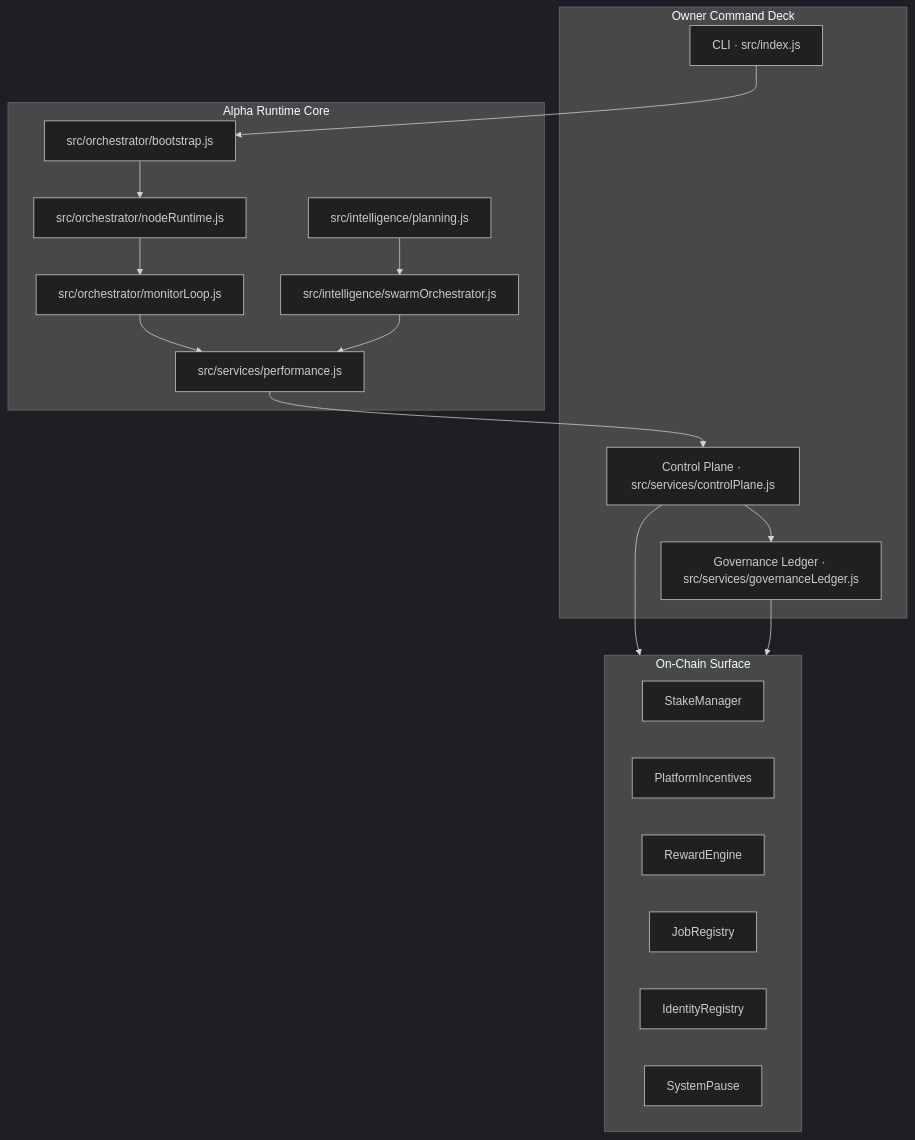
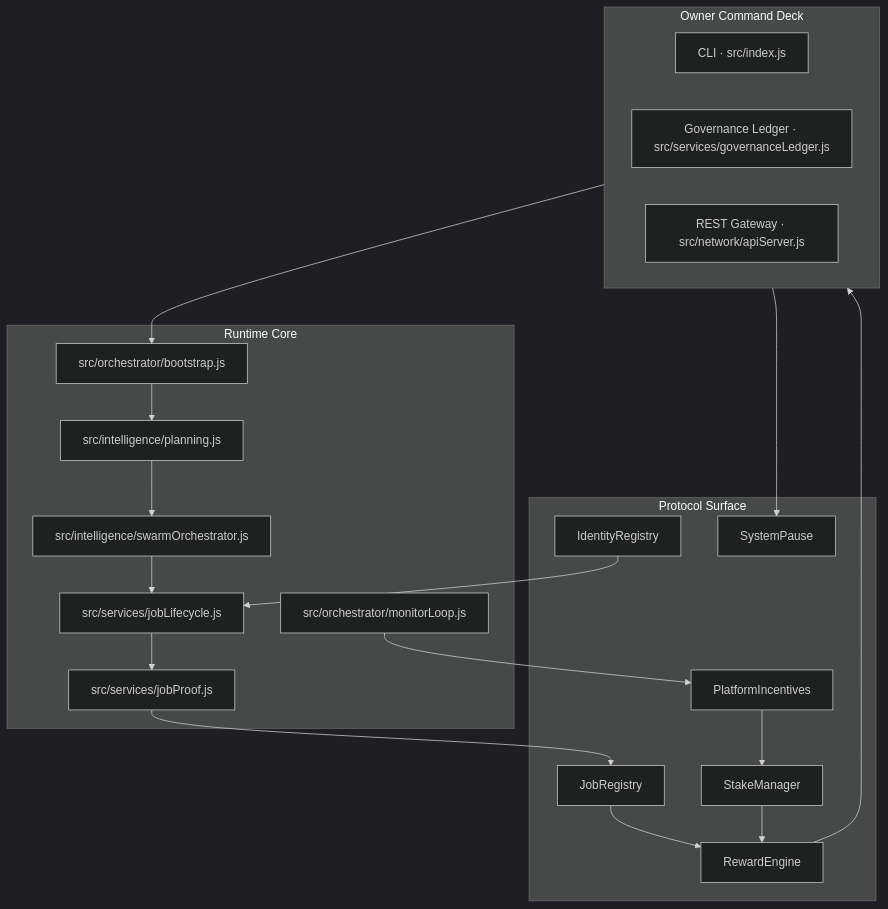
The first of 4 diagrams in docs/economics.md (MontrealAI/AGI-Alpha-Node-v0), drawn with Mermaid (dark theme) before and after one commit. The commit also changed other lines of this file, not shown here.

Commit message:
Refresh economics codex for AGI Alpha nodes

````diff
--- a/docs/economics.md
+++ b/docs/economics.md
@@ -84,37 +79,40 @@
 ```mermaid
 flowchart TD
-  subgraph OwnerDeck[Owner Command Deck]
+  subgraph OwnerDeck["Owner Command Deck"]
     CLI[CLI · src/index.js]
-    ControlPlane[Control Plane · src/services/controlPlane.js]
     Ledger[Governance Ledger · src/services/governanceLedger.js]
+    API[REST Gateway · src/network/apiServer.js]
   end
 
-  subgraph RuntimeCore[Alpha Runtime Core]
+  subgraph RuntimeCore["Runtime Core"]
     Bootstrap[src/orchestrator/bootstrap.js]
-    Monitor[src/orchestrator/monitorLoop.js]
-    NodeRuntime[src/orchestrator/nodeRuntime.js]
     Planner[src/intelligence/planning.js]
     Swarm[src/intelligence/swarmOrchestrator.js]
-    Performance[src/services/performance.js]
+    Lifecycle[src/services/jobLifecycle.js]
+    Proof[src/services/jobProof.js]
+    Monitor[src/orchestrator/monitorLoop.js]
   end
 
-  subgraph ChainSurface[On-Chain Surface]
-    StakeManager[StakeManager]
-    Incentives[PlatformIncentives]
-    RewardEngine[RewardEngine]
-    JobRegistry[JobRegistry]
-    IdentityRegistry[IdentityRegistry]
-    SystemPause[SystemPause]
+  subgraph ProtocolSurface["Protocol Surface"]
+    StakeManager
+    RewardEngine
+    JobRegistry
+    IdentityRegistry
+    SystemPause
+    PlatformIncentives
   end
 
-  CLI --> Bootstrap
-  Bootstrap --> NodeRuntime
-  NodeRuntime --> Monitor
-  Monitor --> Performance
-  Performance --> ControlPlane
-  ControlPlane --> ChainSurface
-  Swarm --> Performance
+  OwnerDeck --> Bootstrap
+  Bootstrap --> Planner
   Planner --> Swarm
-  ControlPlane --> Ledger
-  Ledger --> ChainSurface
+  Swarm --> Lifecycle
+  Lifecycle --> Proof
+  Proof --> JobRegistry
+  JobRegistry --> RewardEngine
+  RewardEngine --> OwnerDeck
+  Monitor --> PlatformIncentives
+  OwnerDeck --> SystemPause
+  PlatformIncentives --> StakeManager
+  StakeManager --> RewardEngine
+  IdentityRegistry --> Lifecycle
 ```
````
